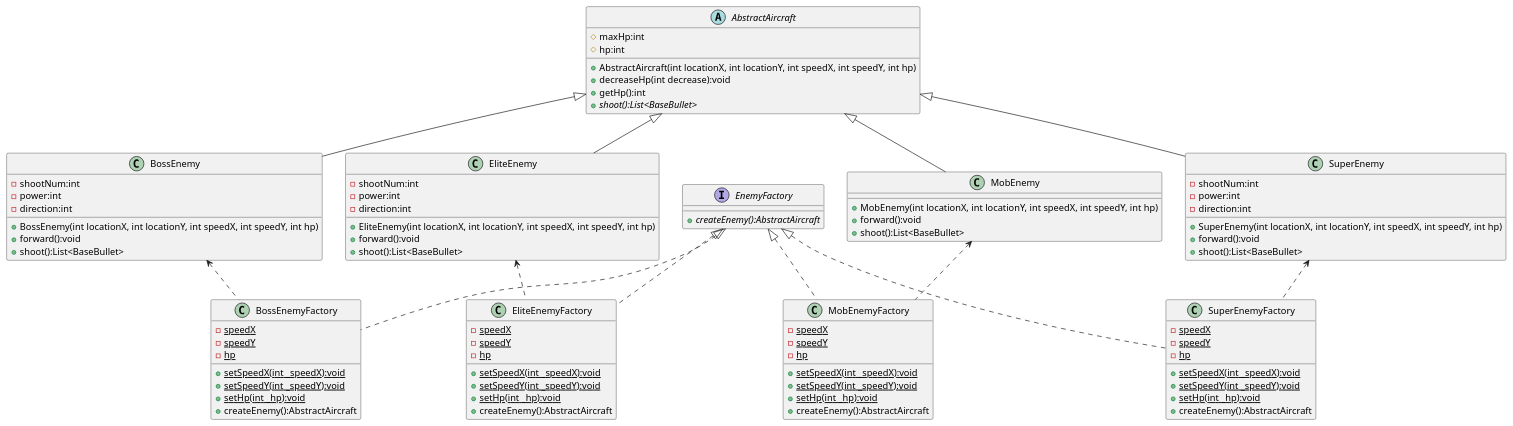
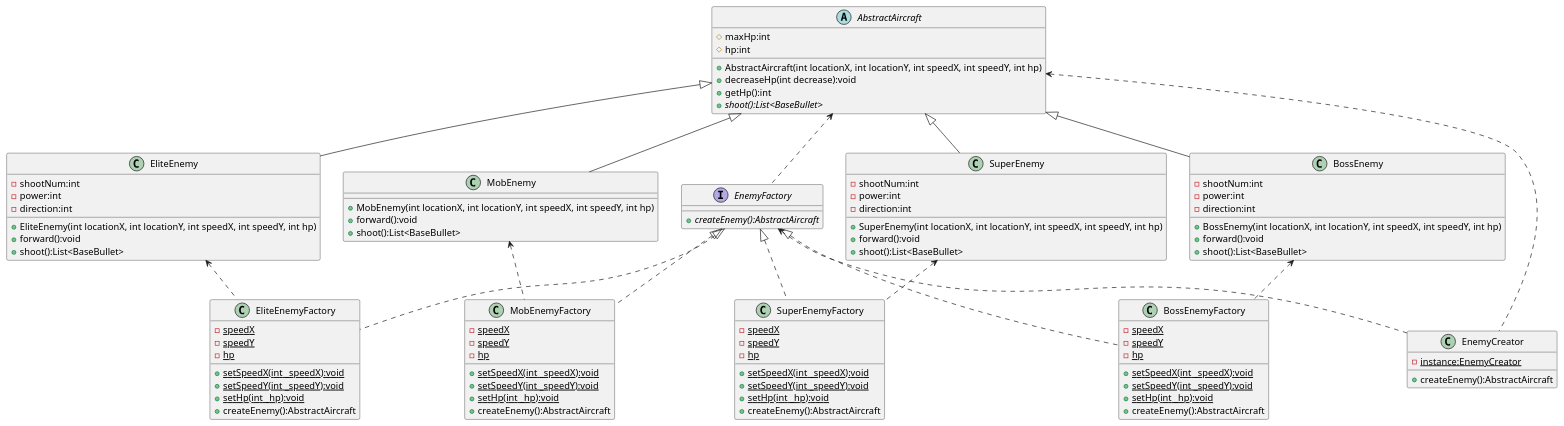
The diagram in uml/EnemyFactory.puml (TerenceL-TL/HITsz-Object-Oriented-Programming-Project), drawn with PlantUML before and after one commit. The commit also changed 18 other files, not shown here.

```diff
--- a/uml/EnemyFactory.puml
+++ b/uml/EnemyFactory.puml
@@ -1,106 +1,117 @@
 @startuml
 'https://plantuml.com/class-diagram
 
 abstract class AbstractAircraft
 {
 	# maxHp:int
     # hp:int
     + AbstractAircraft(int locationX, int locationY, int speedX, int speedY, int hp)
     + decreaseHp(int decrease):void
     + getHp():int
     + {abstract} shoot():List<BaseBullet>
  }
 
 class EliteEnemy {
     - shootNum:int
     - power:int
     - direction:int
     + EliteEnemy(int locationX, int locationY, int speedX, int speedY, int hp)
     + forward():void
     + shoot():List<BaseBullet>
 }
 
 class SuperEnemy {
     - shootNum:int
     - power:int
     - direction:int
     + SuperEnemy(int locationX, int locationY, int speedX, int speedY, int hp)
     + forward():void
     + shoot():List<BaseBullet>
 }
 
 class BossEnemy {
     - shootNum:int
     - power:int
     - direction:int
     + BossEnemy(int locationX, int locationY, int speedX, int speedY, int hp)
     + forward():void
     + shoot():List<BaseBullet>
 }
 
 AbstractAircraft <|-- EliteEnemy
 AbstractAircraft <|-- SuperEnemy
 AbstractAircraft <|-- BossEnemy
 
 class MobEnemy {
     + MobEnemy(int locationX, int locationY, int speedX, int speedY, int hp)
     + forward():void
     + shoot():List<BaseBullet>
 }
 AbstractAircraft <|-- MobEnemy
 
 interface EnemyFactory{
     + {abstract} createEnemy():AbstractAircraft
 }
 
 class MobEnemyFactory{
     - {static} speedX
     - {static} speedY
     - {static} hp
     + {static} setSpeedX(int _speedX):void
     + {static} setSpeedY(int _speedY):void
     + {static} setHp(int _hp):void
     + createEnemy():AbstractAircraft
 }
 
 class EliteEnemyFactory{
     - {static} speedX
     - {static} speedY
     - {static} hp
     + {static} setSpeedX(int _speedX):void
     + {static} setSpeedY(int _speedY):void
     + {static} setHp(int _hp):void
     + createEnemy():AbstractAircraft
 }
 
 class SuperEnemyFactory{
     - {static} speedX
     - {static} speedY
     - {static} hp
     + {static} setSpeedX(int _speedX):void
     + {static} setSpeedY(int _speedY):void
     + {static} setHp(int _hp):void
     + createEnemy():AbstractAircraft
 }
 
 class BossEnemyFactory{
     - {static} speedX
     - {static} speedY
     - {static} hp
     + {static} setSpeedX(int _speedX):void
     + {static} setSpeedY(int _speedY):void
     + {static} setHp(int _hp):void
     + createEnemy():AbstractAircraft
 }
 
 EnemyFactory <|.. MobEnemyFactory
 EnemyFactory <|.. EliteEnemyFactory
 EnemyFactory <|.. SuperEnemyFactory
 EnemyFactory <|.. BossEnemyFactory
 
 MobEnemy <.. MobEnemyFactory
 EliteEnemy <.. EliteEnemyFactory
 SuperEnemy <.. SuperEnemyFactory
 BossEnemy <.. BossEnemyFactory
 
+AbstractAircraft <.. EnemyFactory
+
+
+ class EnemyCreator {
+     - {static} instance:EnemyCreator
+     + createEnemy():AbstractAircraft
+ }
+
+ EnemyFactory <.. EnemyCreator
+ AbstractAircraft <.. EnemyCreator
+
 @enduml
```
